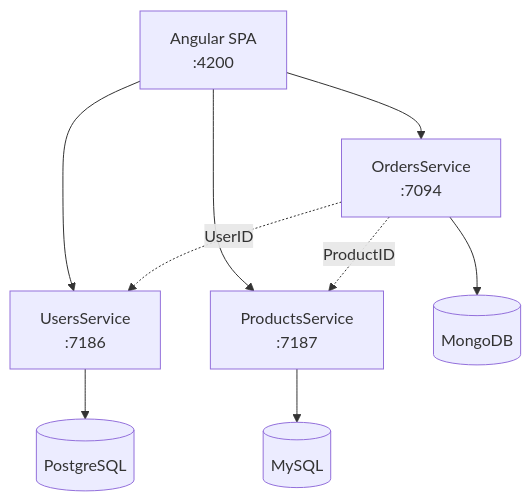
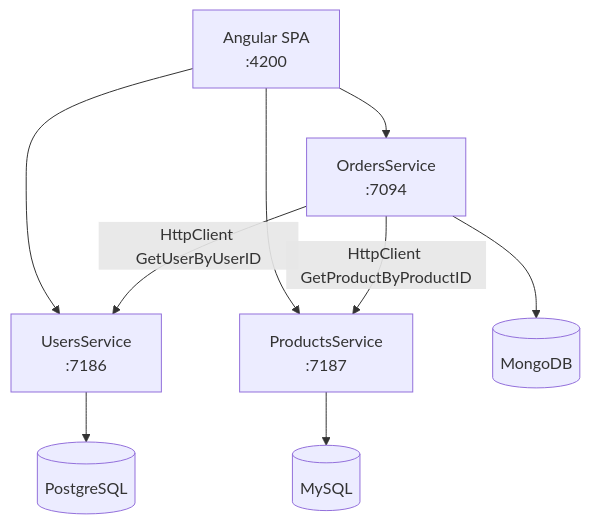
The diagram in README.md (gui-silva-github/eCommerceMicroservice), drawn with Mermaid before and after one commit. The commit also changed other lines of this file and 37 other files, not shown here.

Commit message:
feat: implement syncronous microservice communication using httpClient (user and product fks)

````diff
--- a/README.md
+++ b/README.md
@@ -216,23 +224,23 @@
 ```mermaid
 flowchart TB
     Angular["Angular SPA<br/>:4200"]
 
     Users["UsersService<br/>:7186"]
     Products["ProductsService<br/>:7187"]
     Orders["OrdersService<br/>:7094"]
 
     PG[("PostgreSQL")]
     MySQL[("MySQL")]
     Mongo[("MongoDB")]
 
     Angular --> Users
     Angular --> Products
     Angular --> Orders
 
     Users --> PG
     Products --> MySQL
     Orders --> Mongo
 
-    Orders -.->|"UserID"| Users
-    Orders -.->|"ProductID"| Products
+    Orders -->|"HttpClient GetUserByUserID"| Users
+    Orders -->|"HttpClient GetProductByProductID"| Products
 ```
````
